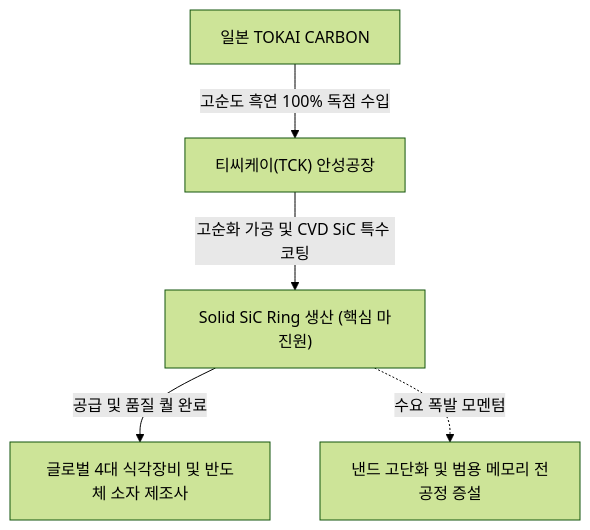
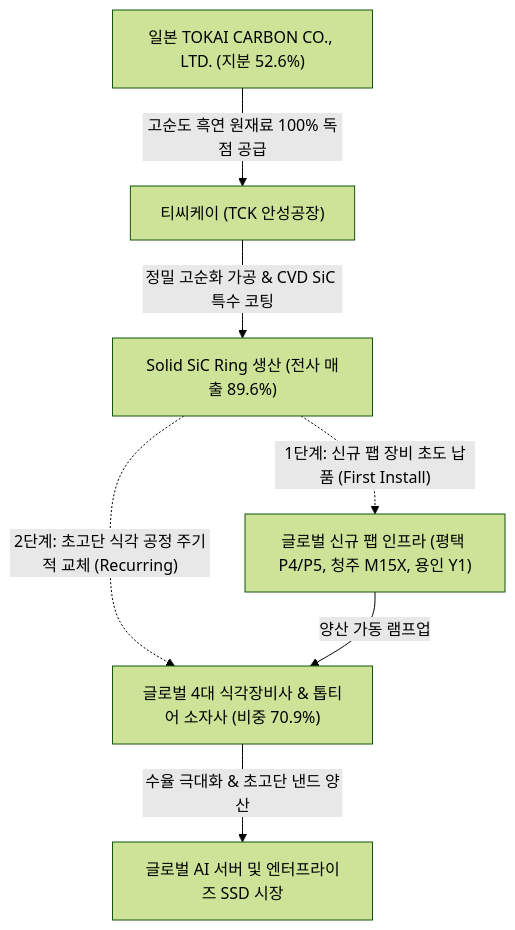
The diagram in Stock_Research/티씨케이/3_Final_Reports/Phase1_Report.md (eve830521-cmd/my-skill), drawn with Mermaid (forest theme) before and after one commit. The commit also changed other lines of this file and 127 other files, not shown here.

````diff
--- a/Stock_Research/티씨케이/3_Final_Reports/Phase1_Report.md
+++ b/Stock_Research/티씨케이/3_Final_Reports/Phase1_Report.md
@@ -9,7 +25,9 @@
 ```mermaid
 graph TD
-    A["일본 TOKAI CARBON"] -->|"고순도 흑연 100% 독점 수입"| B["티씨케이(TCK) 안성공장"]
-    B -->|"고순화 가공 및 CVD SiC 특수 코팅"| C["Solid SiC Ring 생산 (핵심 마진원)"]
-    C -->|"공급 및 품질 퀄 완료"| D["글로벌 4대 식각장비 및 반도체 소자 제조사"]
-    C -. "수요 폭발 모멘텀" .-> E["낸드 고단화 및 범용 메모리 전공정 증설"]
+    A["일본 TOKAI CARBON CO., LTD. (지분 52.6%)"] -->|"고순도 흑연 원재료 100% 독점 공급"| B["티씨케이 (TCK 안성공장)"]
+    B -->|"정밀 고순화 가공 & CVD SiC 특수 코팅"| C["Solid SiC Ring 생산 (전사 매출 89.6%)"]
+    C -. "1단계: 신규 팹 장비 초도 납품 (First Install)" .-> D["글로벌 신규 팹 인프라 (평택 P4/P5, 청주 M15X, 용인 Y1)"]
+    C -. "2단계: 초고단 식각 공정 주기적 교체 (Recurring)" .-> E["글로벌 4대 식각장비사 & 톱티어 소자사 (비중 70.9%)"]
+    D -->|"양산 가동 램프업"| E
+    E -->|"수율 극대화 & 초고단 낸드 양산"| F["글로벌 AI 서버 및 엔터프라이즈 SSD 시장"]
 ```
````
